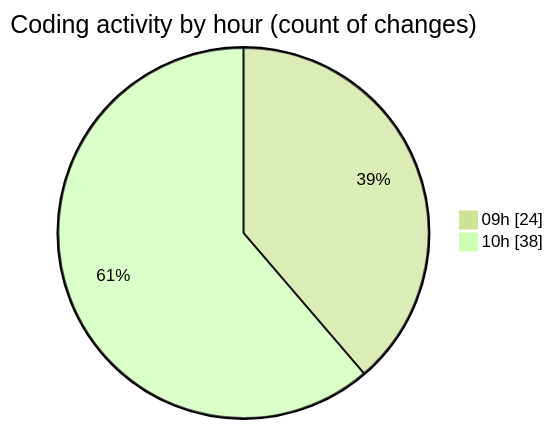
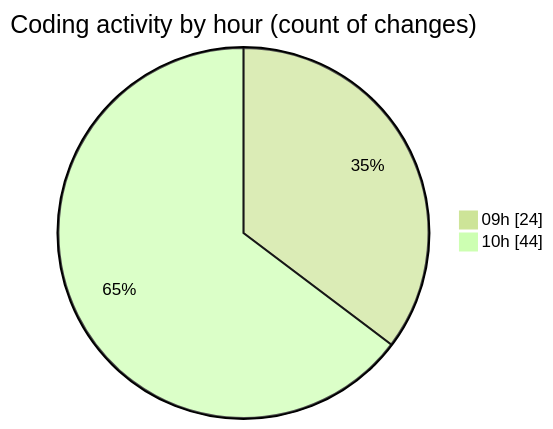
Before and after one commit to momahboobian/code-tracking: the second of 2 diagrams in 2025-10-07/cda/README.md, drawn with Mermaid (forest theme). The commit also changed other lines of this file and 1 other file, not shown here.

````diff
--- a/2025-10-07/cda/README.md
+++ b/2025-10-07/cda/README.md
@@ -35,6 +35,6 @@
 ```mermaid
 pie showData
 title Coding activity by hour (count of changes)
 "09h" : 24
-"10h" : 38
+"10h" : 44
 ```
````
